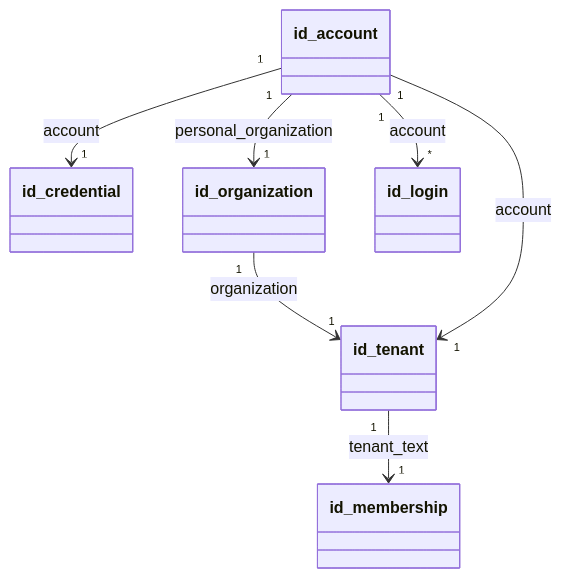
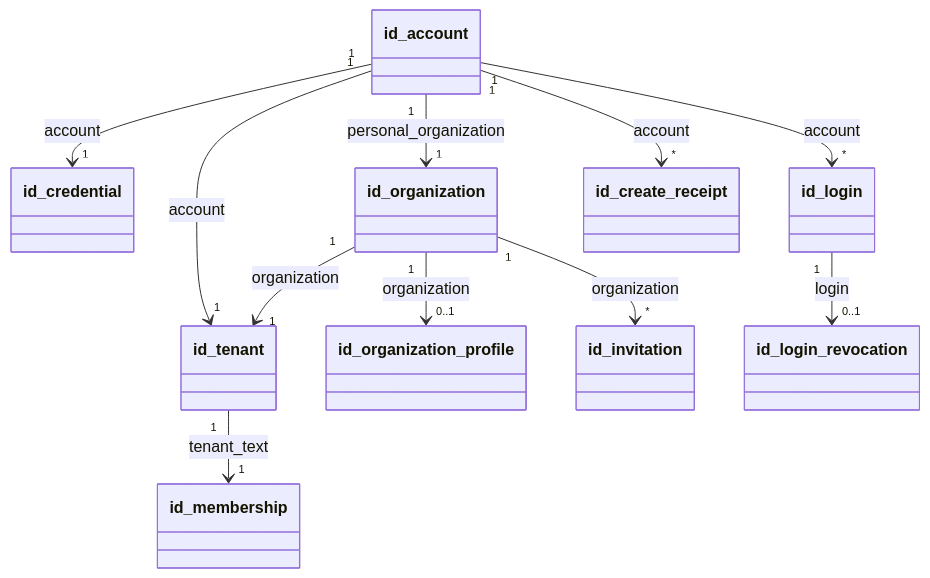
Before and after one commit to nemori-ai/omne-harness-lite: the diagram in packages/identity/identity-sql/docs/object-model.md, drawn with Mermaid. The commit also changed other lines of this file and 53 other files, not shown here.

````diff
--- a/packages/identity/identity-sql/docs/object-model.md
+++ b/packages/identity/identity-sql/docs/object-model.md
@@ -20,15 +24,23 @@
 ```mermaid
 classDiagram
   class id_account
   class id_credential
   class id_organization
   class id_tenant
   class id_membership
   class id_login
   id_account "1" --> "1" id_credential : account
   id_account "1" --> "1" id_organization : personal_organization
   id_organization "1" --> "1" id_tenant : organization
   id_account "1" --> "1" id_tenant : account
   id_tenant "1" --> "1" id_membership : tenant_text
   id_account "1" --> "*" id_login : account
+  class id_organization_profile
+  class id_invitation
+  class id_create_receipt
+  class id_login_revocation
+  id_organization "1" --> "0..1" id_organization_profile : organization
+  id_organization "1" --> "*" id_invitation : organization
+  id_account "1" --> "*" id_create_receipt : account
+  id_login "1" --> "0..1" id_login_revocation : login
 ```
````
